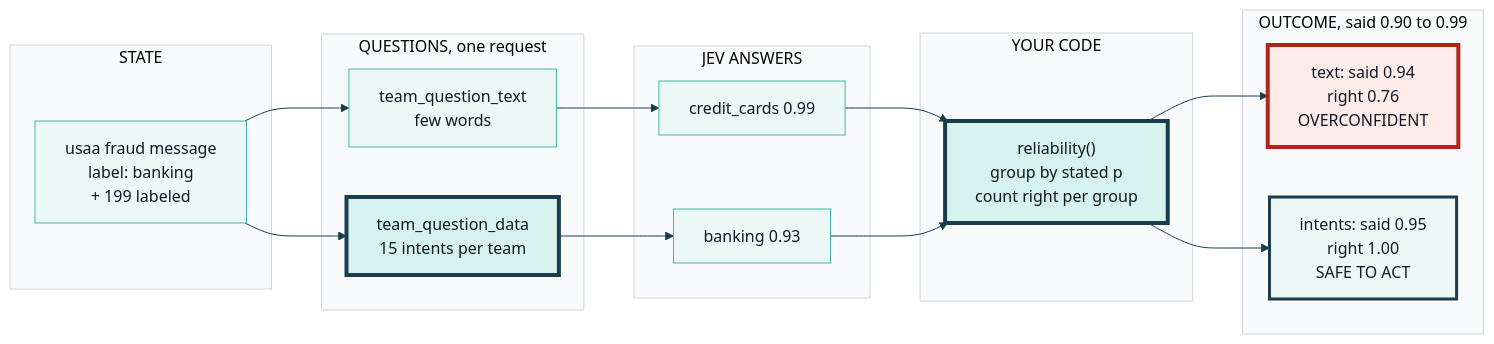
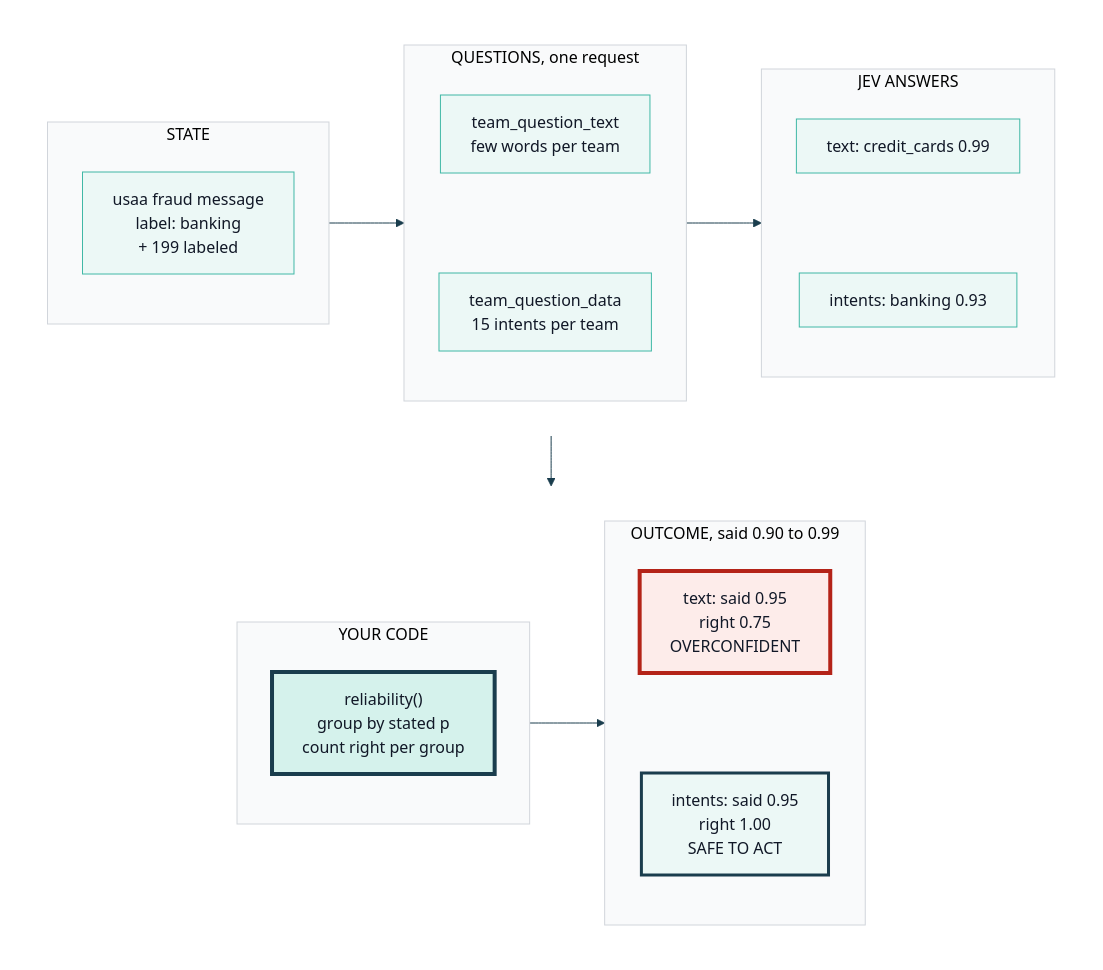
One commit to axel-sirota/getting_started_jev changed the diagram in course/diagrams/module_03/p1-solution-reliability.mmd. Above: the diagram before and after it, drawn with Mermaid. The commit also changed 41 other files, not shown here.

Commit message:
Module 3: notebooks and diagrams

```diff
--- a/course/diagrams/module_03/p1-solution-reliability.mmd
+++ b/course/diagrams/module_03/p1-solution-reliability.mmd
@@ -1,32 +1,46 @@
 %%{init: {"theme": "base", "themeVariables": {"fontFamily": "Inter, sans-serif", "primaryColor": "#ECF8F6", "primaryBorderColor": "#40B8A6", "primaryTextColor": "#111827", "lineColor": "#1A3D4D", "secondaryColor": "#F9FAFB", "tertiaryColor": "#FFFFFF", "clusterBkg": "#F9FAFB", "clusterBorder": "#D1D5DB", "actorBkg": "#ECF8F6", "actorBorder": "#40B8A6", "noteBkgColor": "#FFF6DA", "noteBorderColor": "#E0B84C"}}}%%
-flowchart LR
-  subgraph STATE["STATE"]
-    S["usaa fraud message<br/>label: banking<br/>+ 199 labeled"]
+flowchart TB
+  subgraph ROW1[" "]
+    direction LR
+    subgraph STATE["STATE"]
+      S["usaa fraud message<br/>label: banking<br/>+ 199 labeled"]
+    end
+    subgraph QUESTIONS["QUESTIONS, one request"]
+      direction TB
+      Q1["team_question_text<br/>few words per team"]
+      Q2["team_question_data<br/>15 intents per team"]
+      Q1 ~~~ Q2
+    end
+    subgraph ANSWERS["JEV ANSWERS"]
+      direction TB
+      A1["text: credit_cards 0.99"]
+      A2["intents: banking 0.93"]
+      A1 ~~~ A2
+    end
+    STATE --> QUESTIONS --> ANSWERS
   end
-  subgraph QUESTIONS["QUESTIONS, one request"]
-    Q1["team_question_text<br/>few words"]
-    Q2["team_question_data<br/>15 intents per team"]
+  subgraph ROW2[" "]
+    direction LR
+    subgraph CODE["YOUR CODE"]
+      C["reliability()<br/>group by stated p<br/>count right per group"]
+    end
+    subgraph OUTCOME["OUTCOME, said 0.90 to 0.99"]
+      direction TB
+      O1["text: said 0.95<br/>right 0.75<br/>OVERCONFIDENT"]
+      O2["intents: said 0.95<br/>right 1.00<br/>SAFE TO ACT"]
+      O1 ~~~ O2
+    end
+    CODE --> OUTCOME
   end
-  subgraph ANSWERS["JEV ANSWERS"]
-    A1["credit_cards 0.99"]
-    A2["banking 0.93"]
-  end
-  subgraph CODE["YOUR CODE"]
-    C["reliability()<br/>group by stated p<br/>count right per group"]
-  end
-  subgraph OUTCOME["OUTCOME, said 0.90 to 0.99"]
-    O1["text: said 0.94<br/>right 0.76<br/>OVERCONFIDENT"]
-    O2["intents: said 0.95<br/>right 1.00<br/>SAFE TO ACT"]
-  end
-  S --> Q1 --> A1 --> C
-  S --> Q2 --> A2 --> C
-  C --> O1
-  C --> O2
+  ROW1 --> ROW2
 
   classDef fail fill:#FDECEA,stroke:#B42318,stroke-width:4px
   classDef changed fill:#D5F2EC,stroke:#1A3D4D,stroke-width:4px
   classDef ok fill:#ECF8F6,stroke:#1A3D4D,stroke-width:3px
-  class Q2 changed
+  classDef muted fill:#F3F4F6,stroke:#9CA3AF,stroke-width:2px,color:#6B7280
+  classDef human fill:#FFF6DA,stroke:#E0B84C,stroke-width:3px
+  style ROW1 fill:none,stroke:none
+  style ROW2 fill:none,stroke:none
   class C changed
   class O1 fail
   class O2 ok
```
